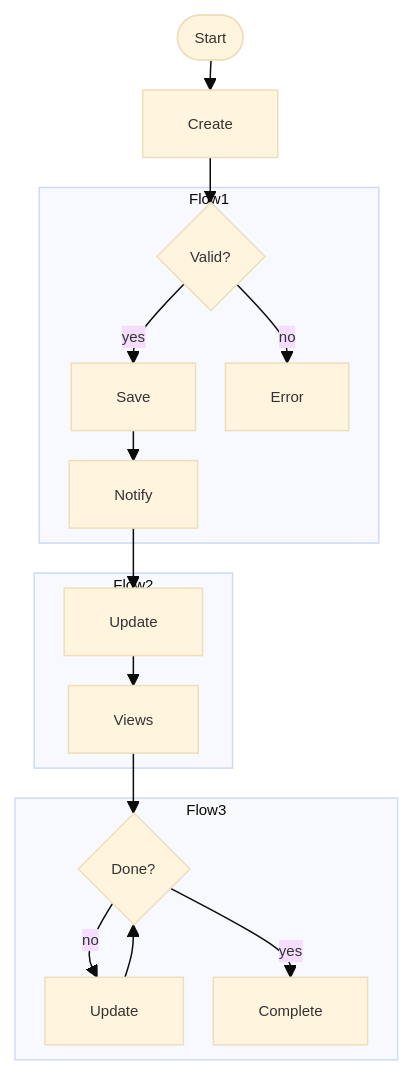
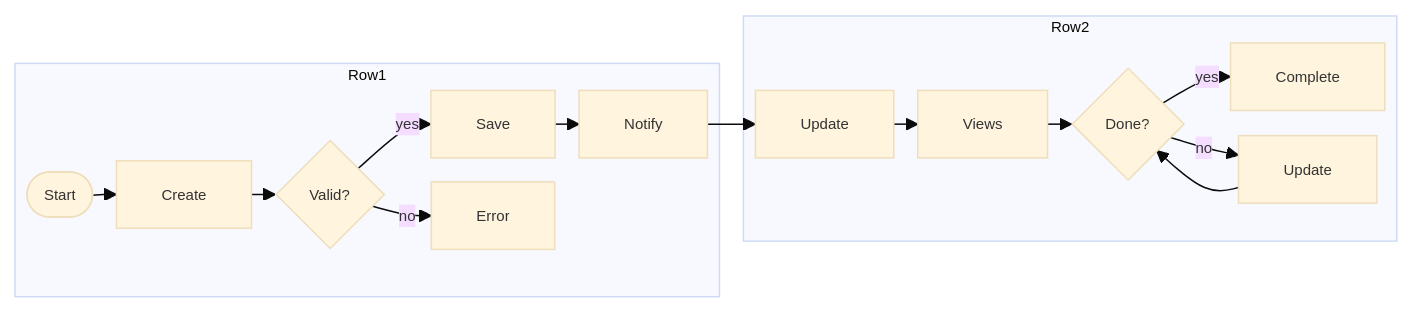
The diagram in diagrams/activity-slide.mmd (ritiku2004/Zira-Project-details), drawn with Mermaid before and after one commit. The commit also changed 2 other files, not shown here.

Commit message:
Diagrames added

````diff
--- a/diagrams/activity-slide.mmd
+++ b/diagrams/activity-slide.mmd
@@ -2,30 +2,26 @@
 ```mermaid
 %% Compact slide-friendly activity diagram
 %% Use init to reduce node/rank spacing and a small font class
-%%{init: {"theme":"base","flowchart": {"nodeSpacing": 20, "rankSpacing": 20, "curve":"basis"}, "themeVariables": {"fontSize": "10px", "fontFamily": "arial"}}}%%
-flowchart TD
+%%{init: {"theme":"base","flowchart": {"nodeSpacing": 16, "rankSpacing": 16, "curve":"basis"}, "themeVariables": {"fontSize": "10px", "fontFamily": "arial"}}}%%
+flowchart LR
   classDef small font-size:10px,font-family:arial;
 
-  Start([Start]) --> Create[Create]
-  Create --> Valid{Valid?}
-  subgraph Flow1
-    Valid -->|yes| Save[Save]
+  subgraph Row1
+    Start([Start]) --> Create[Create] --> Valid{Valid?}
+    Valid -->|yes| Save[Save] --> Notify[Notify]
     Valid -->|no| Error[Error]
-    Save --> Notify[Notify]
   end
-  subgraph Flow2
-    Notify --> Update[Update]
-    Update --> Views[Views]
-  end
-  subgraph Flow3
-    Views --> Loop{Done?}
+  subgraph Row2
+    Notify --> Update[Update] --> Views[Views] --> Loop{Done?}
+    Loop -->|yes| Done[Complete]
     Loop -->|no| Status[Update]
-    Loop -->|yes| Done[Complete]
     Status --> Loop
   end
 
   class Start,Create,Save,Error,Notify,Update,Views,Status,Done small
   
+  %% Compact 2-row layout to minimize vertical height
+  
   %% Adjust layout to be more compact with 3:4 ratio
 
 ``` 
````
